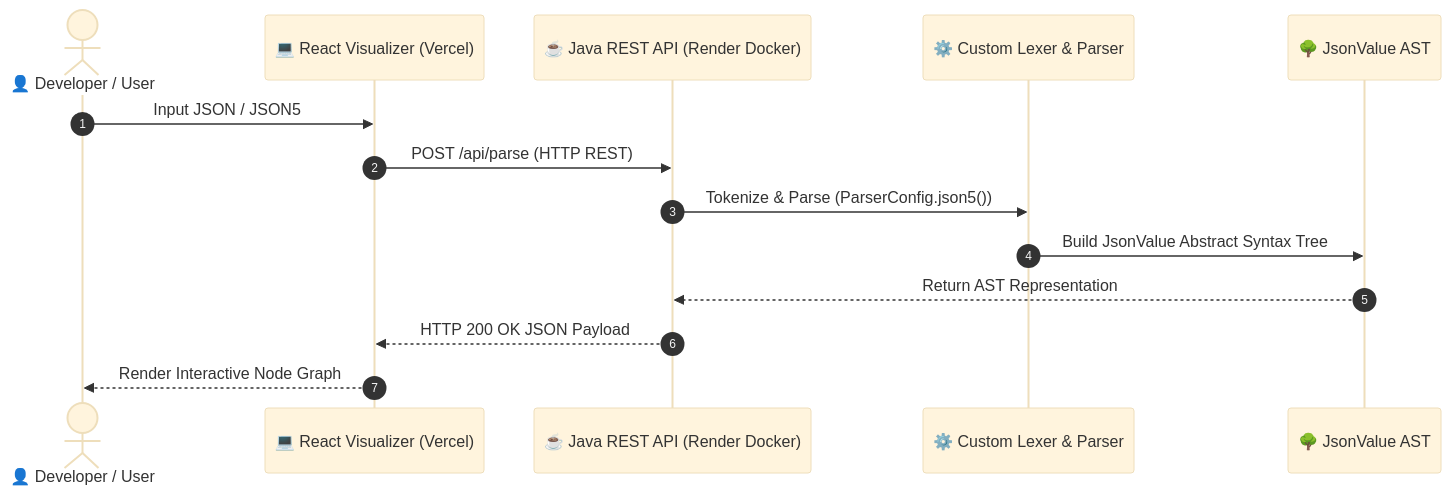
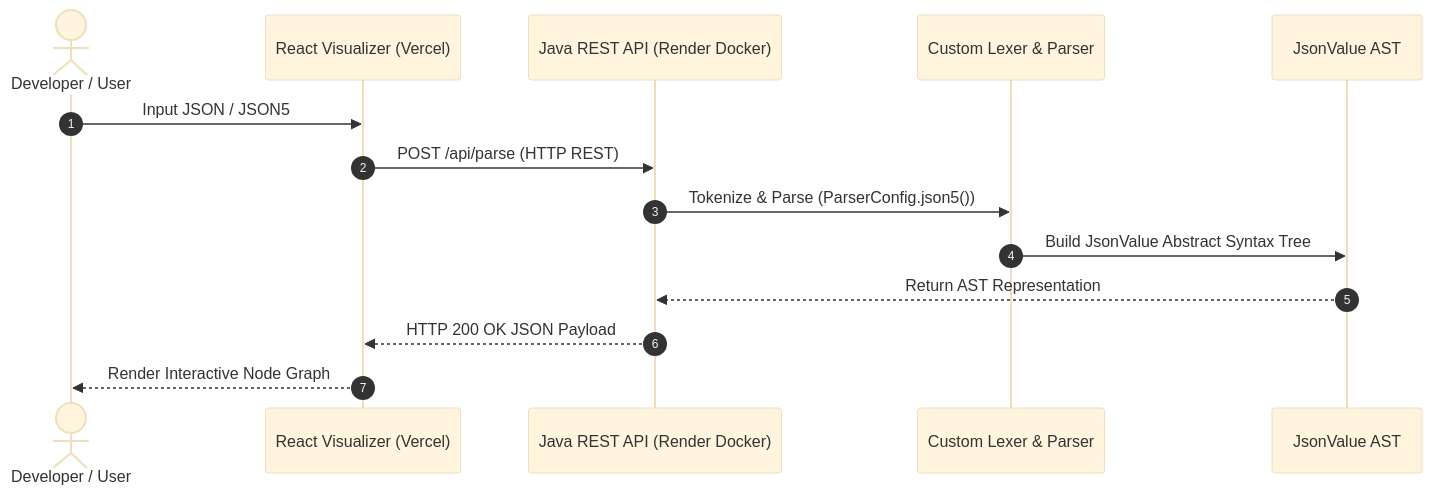
One commit to Animesh-86/JSON-Parser changed the diagram in README.md. Above: the diagram before and after it, drawn with Mermaid (base theme). The commit also changed other lines of this file, not shown here.

````diff
--- a/README.md
+++ b/README.md
@@ -33,17 +33,17 @@
 ```mermaid
 sequenceDiagram
     autonumber
-    actor User as 👤 Developer / User
-    participant React as 💻 React Visualizer (Vercel)
-    participant Server as ☕ Java REST API (Render Docker)
-    participant Engine as ⚙️ Custom Lexer & Parser
-    participant AST as 🌳 JsonValue AST
+    actor User as Developer / User
+    participant React as React Visualizer (Vercel)
+    participant Server as Java REST API (Render Docker)
+    participant Engine as Custom Lexer & Parser
+    participant AST as JsonValue AST
 
     User->>React: Input JSON / JSON5
     React->>Server: POST /api/parse (HTTP REST)
     Server->>Engine: Tokenize & Parse (ParserConfig.json5())
     Engine->>AST: Build JsonValue Abstract Syntax Tree
     AST-->>Server: Return AST Representation
     Server-->>React: HTTP 200 OK JSON Payload
     React-->>User: Render Interactive Node Graph
 ```
````
